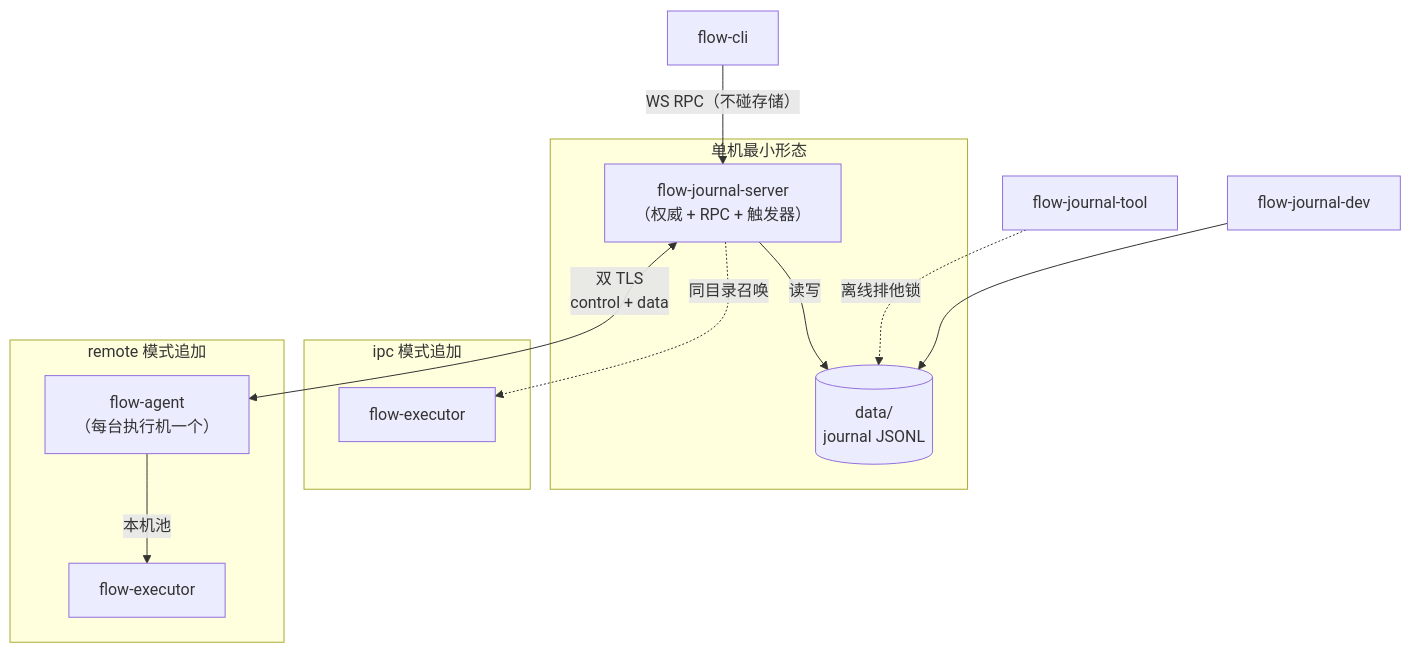
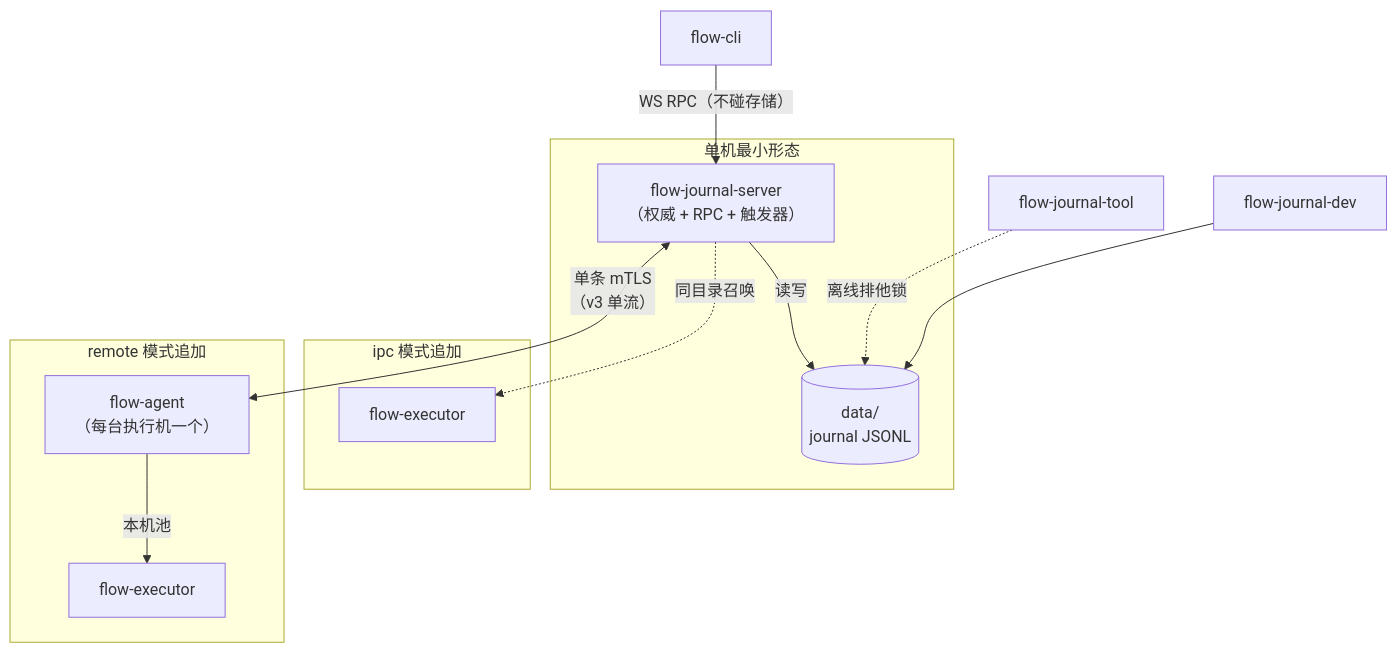
One commit to yeheng/flow changed the diagram in docs/OPS.md. Above: the diagram before and after it, drawn with Mermaid. The commit also changed other lines of this file and 24 other files, not shown here.

````diff
--- a/docs/OPS.md
+++ b/docs/OPS.md
@@ -40,24 +40,24 @@
 ```mermaid
 graph TB
   subgraph 单机最小形态
     S["flow-journal-server<br/>（权威 + RPC + 触发器）"]
     D[("data/<br/>journal JSONL")]
     S -->|读写| D
   end
 
   subgraph ipc 模式追加
     E1["flow-executor"]
     S -.同目录召唤.-> E1
   end
 
   subgraph remote 模式追加
     A["flow-agent<br/>（每台执行机一个）"]
     E2["flow-executor"]
-    S <-->|"双 TLS<br/>control + data"| A
+    S <-->|"单条 mTLS<br/>（v3 单流）"| A
     A -->|本机池| E2
   end
 
   C["flow-cli"] -->|"WS RPC（不碰存储）"| S
   T["flow-journal-tool"] -.离线排他锁.-> D
   DEV["flow-journal-dev"] --> D
 ```
````
